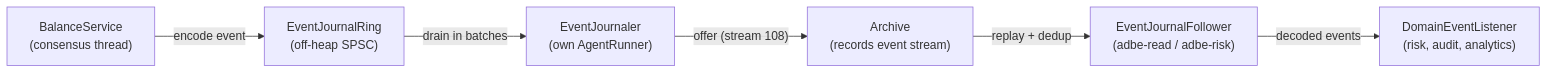
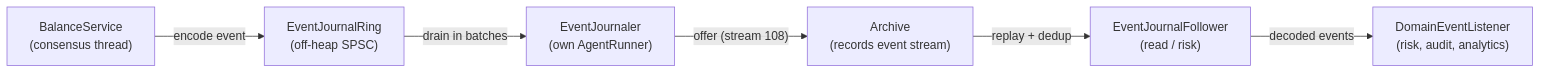
One commit to justrade-io/ledgerd changed the third of 8 diagrams in docs/ARCHITECTURE.md. Above: the diagram before and after it, drawn with Mermaid. The commit also changed other lines of this file and 290 other files, not shown here.

````diff
--- a/docs/ARCHITECTURE.md
+++ b/docs/ARCHITECTURE.md
@@ -480,8 +480,8 @@
 ```mermaid
 flowchart LR
     BS["BalanceService\n(consensus thread)"] -->|" encode event "| RING["EventJournalRing\n(off-heap SPSC)"]
     RING -->|" drain in batches "| EJ["EventJournaler\n(own AgentRunner)"]
     EJ -->|" offer (stream 108) "| AR["Archive\n(records event stream)"]
-    AR -->|" replay + dedup "| FOL["EventJournalFollower\n(adbe-read / adbe-risk)"]
+    AR -->|" replay + dedup "| FOL["EventJournalFollower\n(read / risk)"]
     FOL -->|" decoded events "| CONS["DomainEventListener\n(risk, audit, analytics)"]
 ```
````
